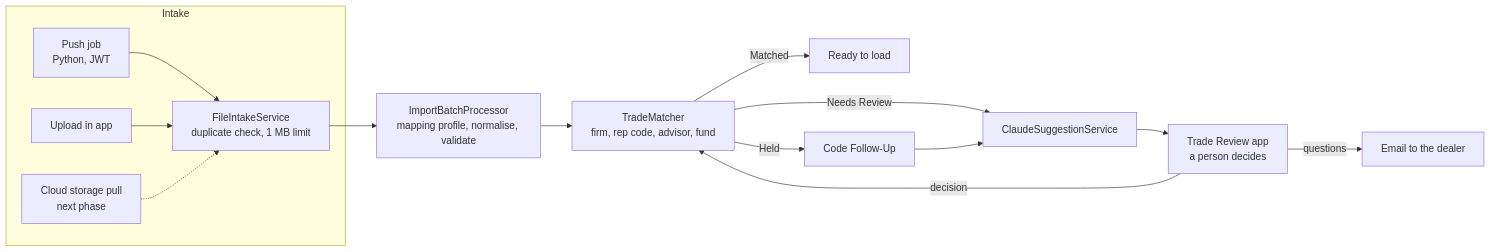
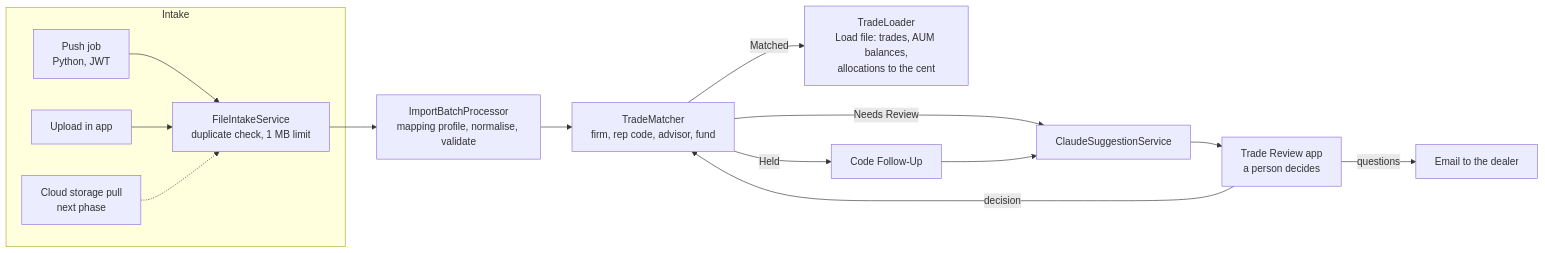
Before and after one commit to thebaron1447-a11y/Trade-View: the diagram in README.md, drawn with Mermaid. The commit also changed other lines of this file and 89 other files, not shown here.

````diff
--- a/README.md
+++ b/README.md
@@ -45,18 +54,18 @@
 ```mermaid
 flowchart LR
     subgraph Intake
         A[Push job<br/>Python, JWT] --> I
         B[Upload in app] --> I
         C[Cloud storage pull<br/>next phase] -.-> I
         I[FileIntakeService<br/>duplicate check, 1 MB limit]
     end
     I --> P[ImportBatchProcessor<br/>mapping profile, normalise, validate]
     P --> M[TradeMatcher<br/>firm, rep code, advisor, fund]
-    M -->|Matched| L[Ready to load]
+    M -->|Matched| L[TradeLoader<br/>Load file: trades, AUM balances,<br/>allocations to the cent]
     M -->|Held| F[Code Follow-Up]
     M -->|Needs Review| S[ClaudeSuggestionService]
     F --> S
     S --> R[Trade Review app<br/>a person decides]
     R -->|decision| M
     R -->|questions| E[Email to the dealer]
 ```
````
